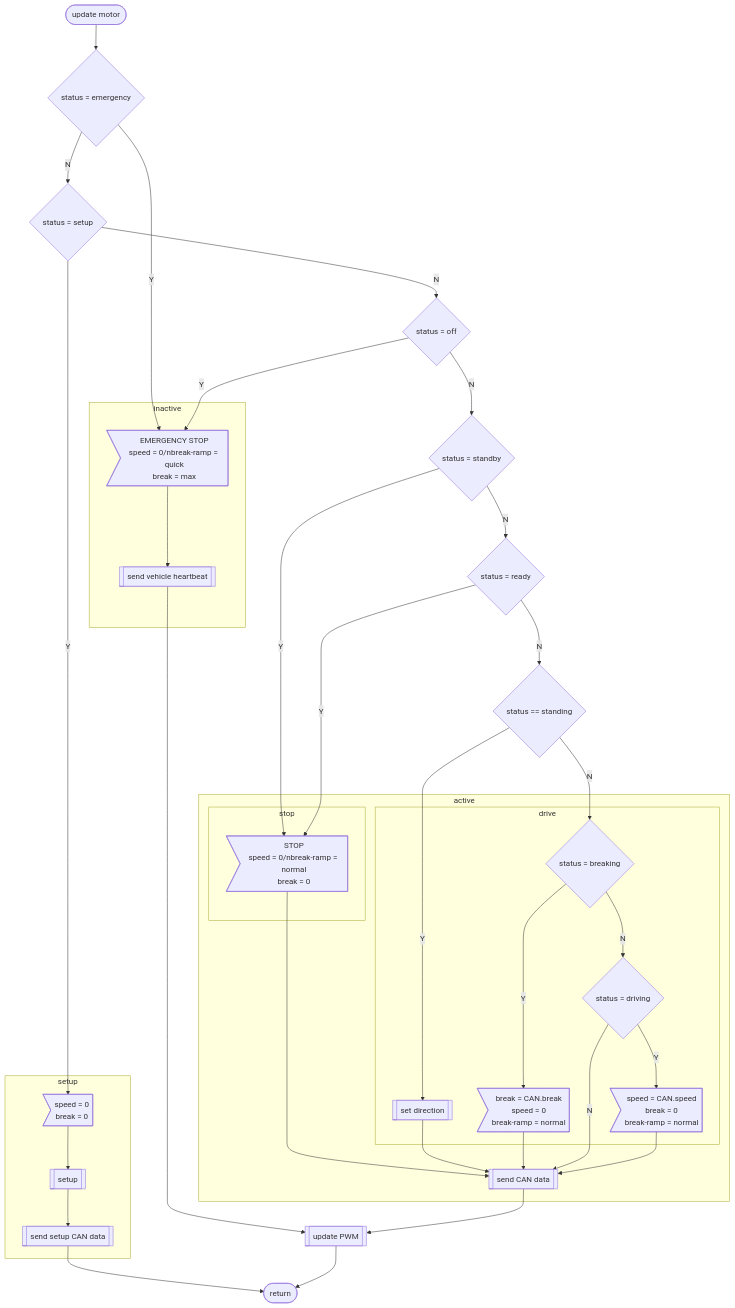
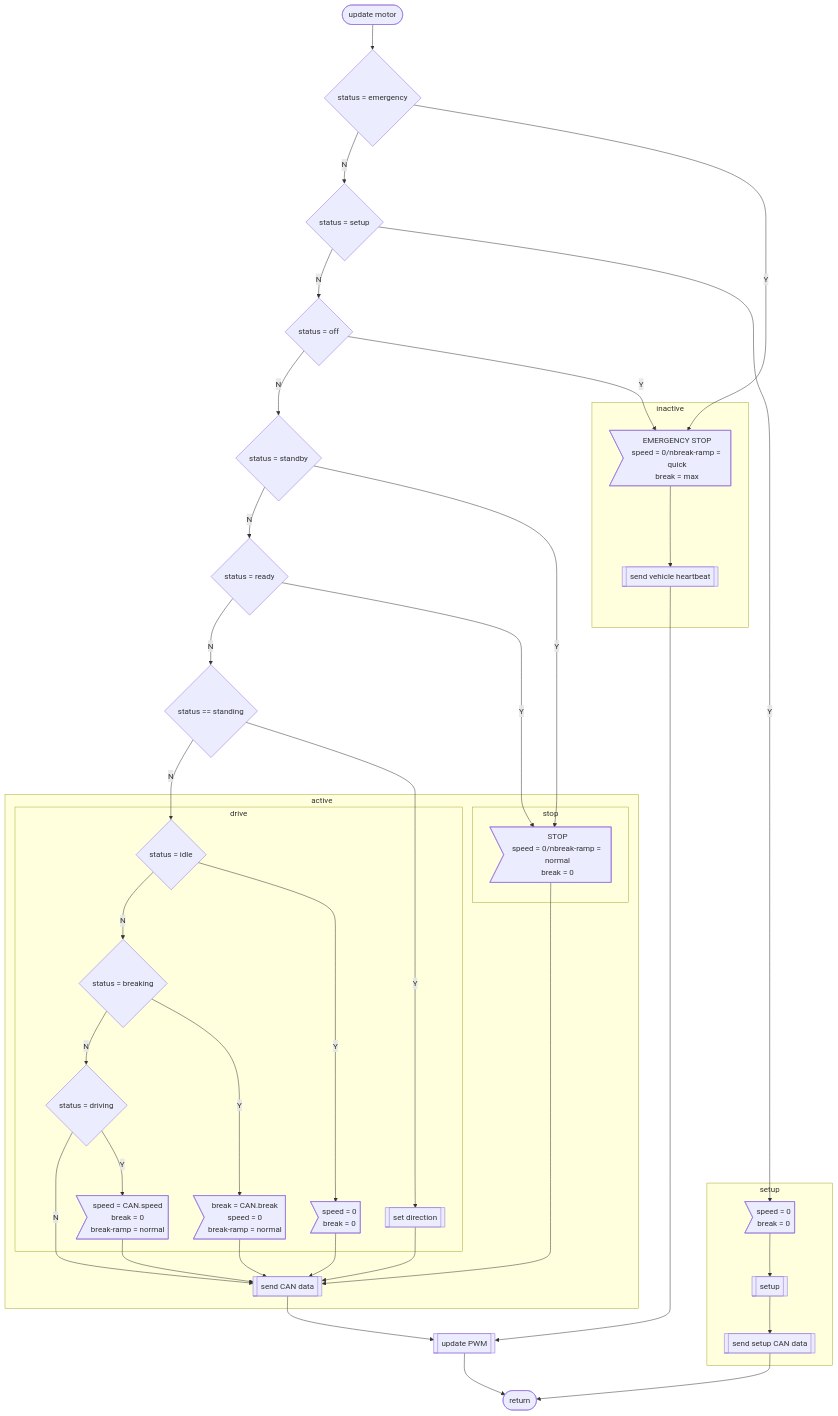
One commit to loco-can/loco-can-software changed the fourth of 4 diagrams in Loco_can_motor/FLOATCHART.md. Above: the diagram before and after it, drawn with Mermaid.

````diff
--- a/Loco_can_motor/FLOATCHART.md
+++ b/Loco_can_motor/FLOATCHART.md
@@ -109,66 +109,73 @@
 ```mermaid
+
 graph TD;
 
 %% definitions
 START([update motor]);
 IS_EMERGENCY{status = emergency};
-DIR_IS_STANDING{status == standing};
+IS_STANDING{status == standing};
 
 subgraph inactive
     HEARTBEAT[[send vehicle heartbeat]];
     ESTOP>"EMERGENCY STOP\nspeed = 0/nbreak-ramp = quick\nbreak = max"];
 end
 
 subgraph active
     subgraph stop
         STOP>"STOP\nspeed = 0/nbreak-ramp = normal\nbreak = 0"];
     end
 
     subgraph drive
         IS_DRIVING{status = driving};
         IS_BREAKING{status = breaking};
+        IS_IDLE{status = idle};
+        IDLE>"speed = 0\nbreak = 0"];
         DRIVING>"speed = CAN.speed\nbreak = 0\nbreak-ramp = normal"];
         BREAKING>"break = CAN.break\nspeed = 0\nbreak-ramp = normal"];
         SET_DIR[[set direction]];
     end
 
     SEND[[send CAN data]];
 end
 
 subgraph setup
     SETUP_STOP>"speed = 0\nbreak = 0"];
     SETUP[[setup]];
     SEND_SETUP[[send setup CAN data]];
 end
 
 IS_OFF{status = off};
 IS_STANDBY{status = standby};
 IS_READY{status = ready};
 
 IS_SETUP{status = setup};
 
 END[[update PWM]];
 RETURN([return]);
 
 %% flow
 START --> IS_EMERGENCY;
 IS_EMERGENCY --> |N| IS_SETUP;
 IS_EMERGENCY --> |Y| ESTOP --> HEARTBEAT ---> END;
 IS_SETUP --> |N| IS_OFF;
 IS_SETUP --> |Y| SETUP_STOP --> SETUP --> SEND_SETUP --> RETURN;
 IS_OFF --> |N| IS_STANDBY;
 IS_OFF --> |Y| ESTOP;
 IS_STANDBY --> |N| IS_READY;
 IS_STANDBY --> |Y| STOP;
-IS_READY --> |N| DIR_IS_STANDING;
+IS_READY --> |N| IS_STANDING;
 IS_READY --> |Y| STOP;
+IS_IDLE --> |N| IS_BREAKING;
+IS_IDLE --> |Y| IDLE --> SEND;
 STOP --> SEND;
-DIR_IS_STANDING --> |N| IS_BREAKING;
-DIR_IS_STANDING --> |Y| SET_DIR --> SEND;
+IS_STANDING --> |N| IS_IDLE;
+IS_STANDING --> |Y| SET_DIR --> SEND;
 IS_BREAKING --> |N| IS_DRIVING;
 IS_BREAKING --> |Y| BREAKING --> SEND;
 IS_DRIVING --> |N| SEND;
 IS_DRIVING --> |Y| DRIVING --> SEND;
 SEND --> END;
 END --> RETURN;
+
+
 ```
````
